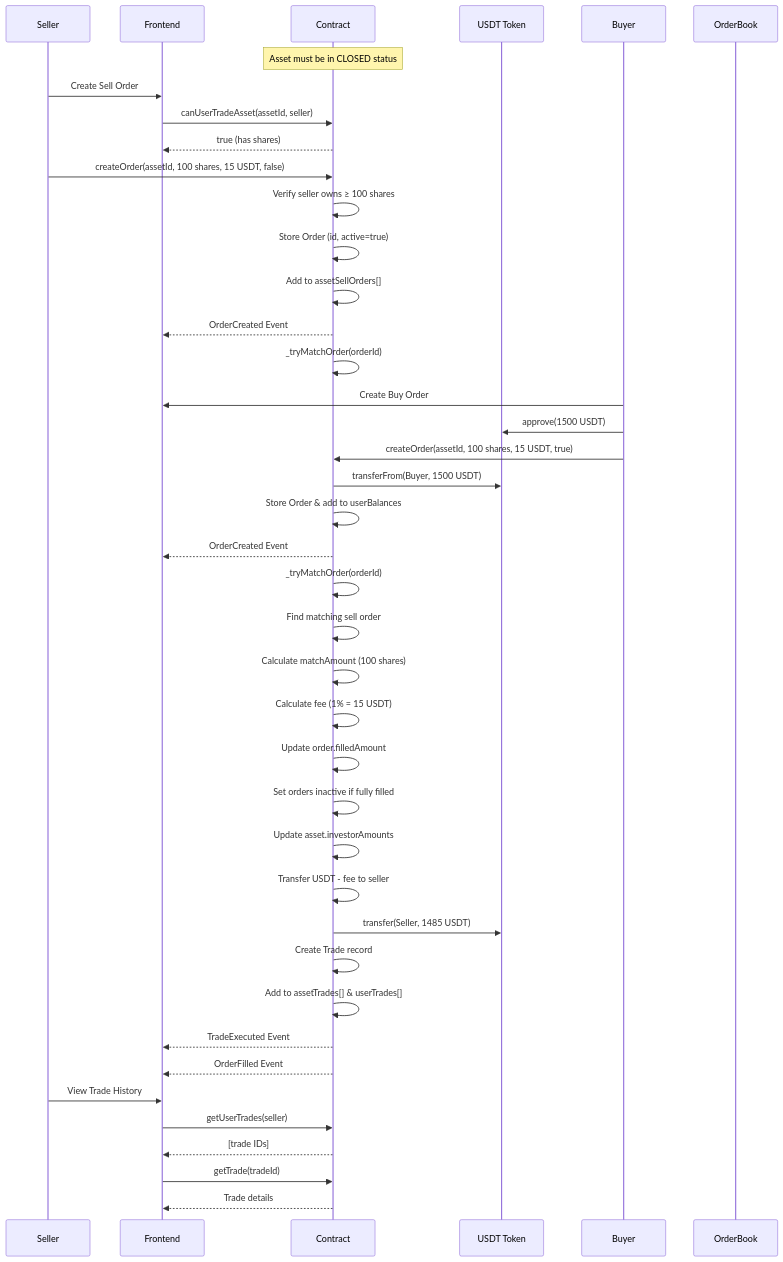
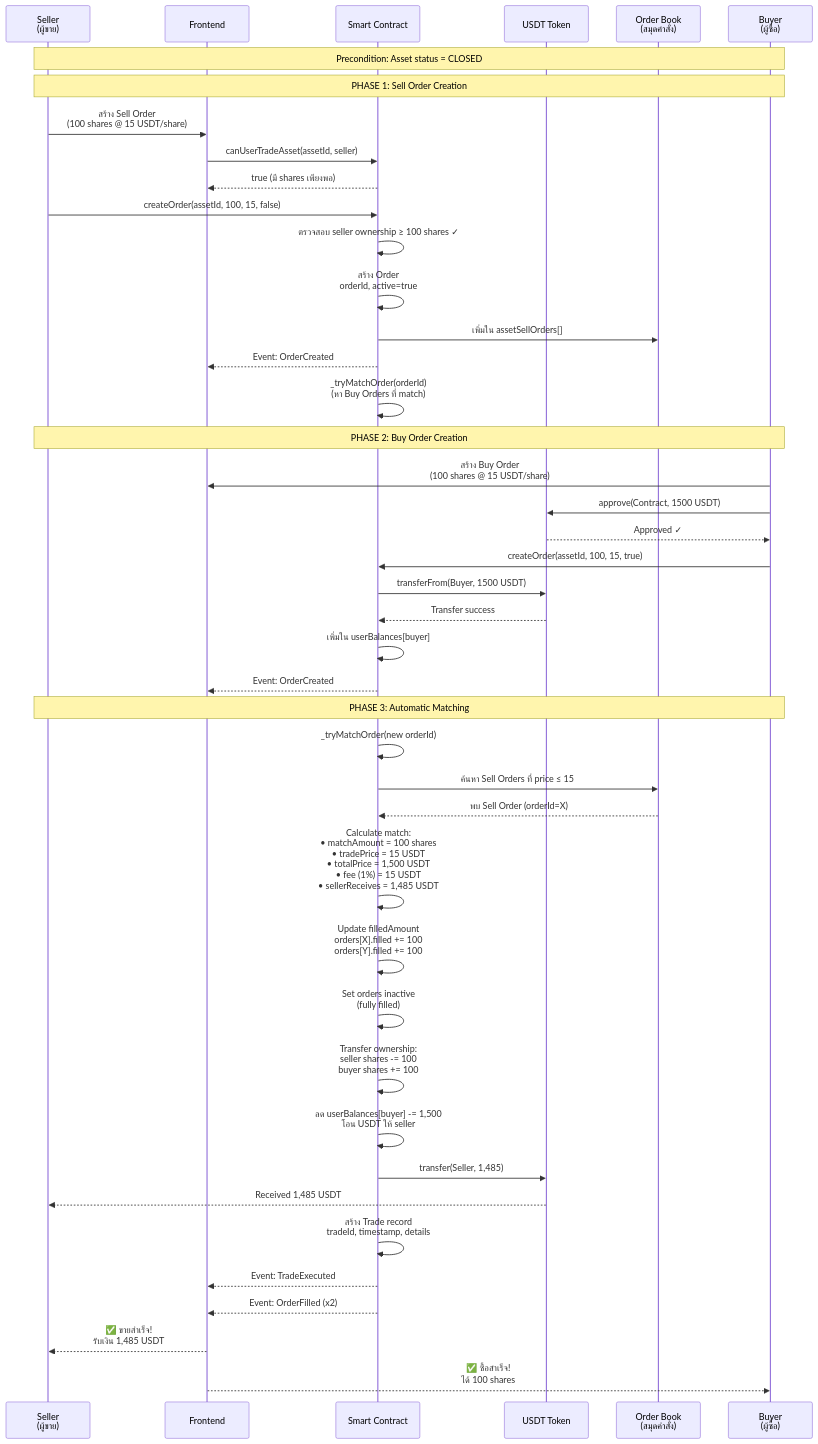
One commit to Phattarapong26/FinalDAOApp changed the fourth of 5 diagrams in README.md. Above: the diagram before and after it, drawn with Mermaid. The commit also changed other lines of this file, not shown here.

````diff
--- a/README.md
+++ b/README.md
@@ -268,51 +946,62 @@
 ```mermaid
 sequenceDiagram
-    participant Seller
-    participant Frontend
-    participant Contract
-    participant USDT Token
-    participant Buyer
-    participant OrderBook
-
-    Note over Contract: Asset must be in CLOSED status
+    participant Seller as Seller<br/>(ผู้ขาย)
+    participant UI as Frontend
+    participant SC as Smart Contract
+    participant USDT as USDT Token
+    participant OB as Order Book<br/>(สมุดคำสั่ง)
+    participant Buyer as Buyer<br/>(ผู้ซื้อ)
     
-    Seller->>Frontend: Create Sell Order
-    Frontend->>Contract: canUserTradeAsset(assetId, seller)
-    Contract-->>Frontend: true (has shares)
+    Note over Seller,Buyer: Precondition: Asset status = CLOSED
     
-    Seller->>Contract: createOrder(assetId, 100 shares, 15 USDT, false)
-    Contract->>Contract: Verify seller owns ≥ 100 shares
-    Contract->>Contract: Store Order (id, active=true)
-    Contract->>Contract: Add to assetSellOrders[]
-    Contract-->>Frontend: OrderCreated Event
-    Contract->>Contract: _tryMatchOrder(orderId)
+    Note over Seller,Buyer: PHASE 1: Sell Order Creation
     
-    Buyer->>Frontend: Create Buy Order
-    Buyer->>USDT Token: approve(1500 USDT)
-    Buyer->>Contract: createOrder(assetId, 100 shares, 15 USDT, true)
-    Contract->>USDT Token: transferFrom(Buyer, 1500 USDT)
-    Contract->>Contract: Store Order & add to userBalances
-    Contract-->>Frontend: OrderCreated Event
-    Contract->>Contract: _tryMatchOrder(orderId)
+    Seller->>UI: สร้าง Sell Order<br/>(100 shares @ 15 USDT/share)
+    UI->>SC: canUserTradeAsset(assetId, seller)
+    SC-->>UI: true (มี shares เพียงพอ)
     
-    Contract->>Contract: Find matching sell order
-    Contract->>Contract: Calculate matchAmount (100 shares)
-    Contract->>Contract: Calculate fee (1% = 15 USDT)
-    Contract->>Contract: Update order.filledAmount
-    Contract->>Contract: Set orders inactive if fully filled
+    Seller->>SC: createOrder(assetId, 100, 15, false)
+    SC->>SC: ตรวจสอบ seller ownership ≥ 100 shares ✓
+    SC->>SC: สร้าง Order<br/>orderId, active=true
+    SC->>OB: เพิ่มใน assetSellOrders[]
+    SC-->>UI: Event: OrderCreated
     
-    Contract->>Contract: Update asset.investorAmounts
-    Contract->>Contract: Transfer USDT - fee to seller
-    Contract->>USDT Token: transfer(Seller, 1485 USDT)
+    SC->>SC: _tryMatchOrder(orderId)<br/>(หา Buy Orders ที่ match)
     
-    Contract->>Contract: Create Trade record
-    Contract->>Contract: Add to assetTrades[] & userTrades[]
-    Contract-->>Frontend: TradeExecuted Event
-    Contract-->>Frontend: OrderFilled Event
+    Note over Seller,Buyer: PHASE 2: Buy Order Creation
     
-    Seller->>Frontend: View Trade History
-    Frontend->>Contract: getUserTrades(seller)
-    Contract-->>Frontend: [trade IDs]
-    Frontend->>Contract: getTrade(tradeId)
-    Contract-->>Frontend: Trade details
+    Buyer->>UI: สร้าง Buy Order<br/>(100 shares @ 15 USDT/share)
+    Buyer->>USDT: approve(Contract, 1500 USDT)
+    USDT-->>Buyer: Approved ✓
+    
+    Buyer->>SC: createOrder(assetId, 100, 15, true)
+    SC->>USDT: transferFrom(Buyer, 1500 USDT)
+    USDT-->>SC: Transfer success
+    SC->>SC: เพิ่มใน userBalances[buyer]
+    SC-->>UI: Event: OrderCreated
+    
+    Note over Seller,Buyer: PHASE 3: Automatic Matching
+    
+    SC->>SC: _tryMatchOrder(new orderId)
+    SC->>OB: ค้นหา Sell Orders ที่ price ≤ 15
+    OB-->>SC: พบ Sell Order (orderId=X)
+    
+    SC->>SC: Calculate match:<br/>• matchAmount = 100 shares<br/>• tradePrice = 15 USDT<br/>• totalPrice = 1,500 USDT<br/>• fee (1%) = 15 USDT<br/>• sellerReceives = 1,485 USDT
+    
+    SC->>SC: Update filledAmount<br/>orders[X].filled += 100<br/>orders[Y].filled += 100
+    
+    SC->>SC: Set orders inactive<br/>(fully filled)
+    
+    SC->>SC: Transfer ownership:<br/>seller shares -= 100<br/>buyer shares += 100
+    
+    SC->>SC: ลด userBalances[buyer] -= 1,500<br/>โอน USDT ให้ seller
+    SC->>USDT: transfer(Seller, 1,485)
+    USDT-->>Seller: Received 1,485 USDT
+    
+    SC->>SC: สร้าง Trade record<br/>tradeId, timestamp, details
+    SC-->>UI: Event: TradeExecuted
+    SC-->>UI: Event: OrderFilled (x2)
+    
+    UI-->>Seller: ✅ ขายสำเร็จ!<br/>รับเงิน 1,485 USDT
+    UI-->>Buyer: ✅ ซื้อสำเร็จ!<br/>ได้ 100 shares
 ```
````
